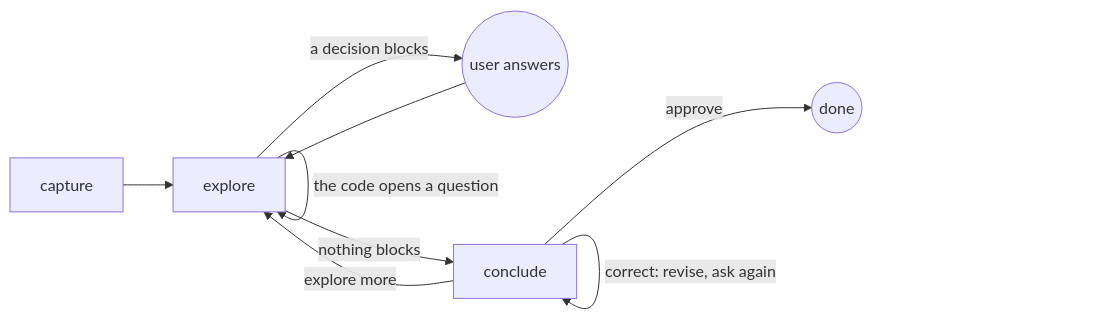
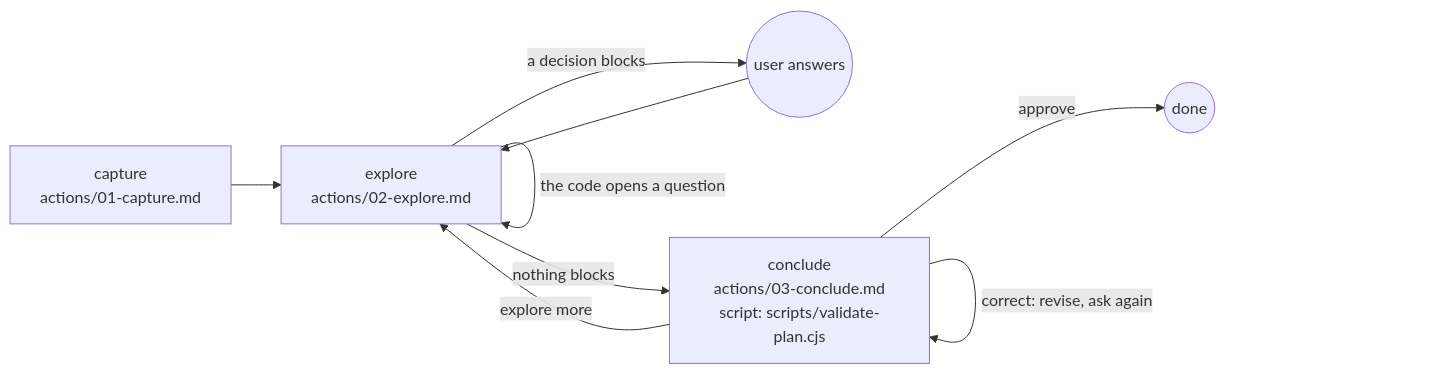
One commit to ai-driven-dev/framework changed the diagram in plugins/aidd-dev/skills/01-plan/SKILL.md. Above: the diagram before and after it, drawn with Mermaid. The commit also changed other lines of this file and 17 other files, not shown here.

````diff
--- a/plugins/aidd-dev/skills/01-plan/SKILL.md
+++ b/plugins/aidd-dev/skills/01-plan/SKILL.md
@@ -10,11 +10,11 @@
 ```mermaid
 flowchart LR
-  capture --> explore
+  capture["capture<br>actions/01-capture.md"] --> explore["explore<br>actions/02-explore.md"]
   explore -->|"the code opens a question"| explore
   explore -->|"a decision blocks"| user((user answers))
   user --> explore
-  explore -->|"nothing blocks"| conclude
+  explore -->|"nothing blocks"| conclude["conclude<br>actions/03-conclude.md<br>script: scripts/validate-plan.cjs"]
   conclude -->|"correct: revise, ask again"| conclude
   conclude -->|"explore more"| explore
   conclude -->|"approve"| done((done))
 ```
````
